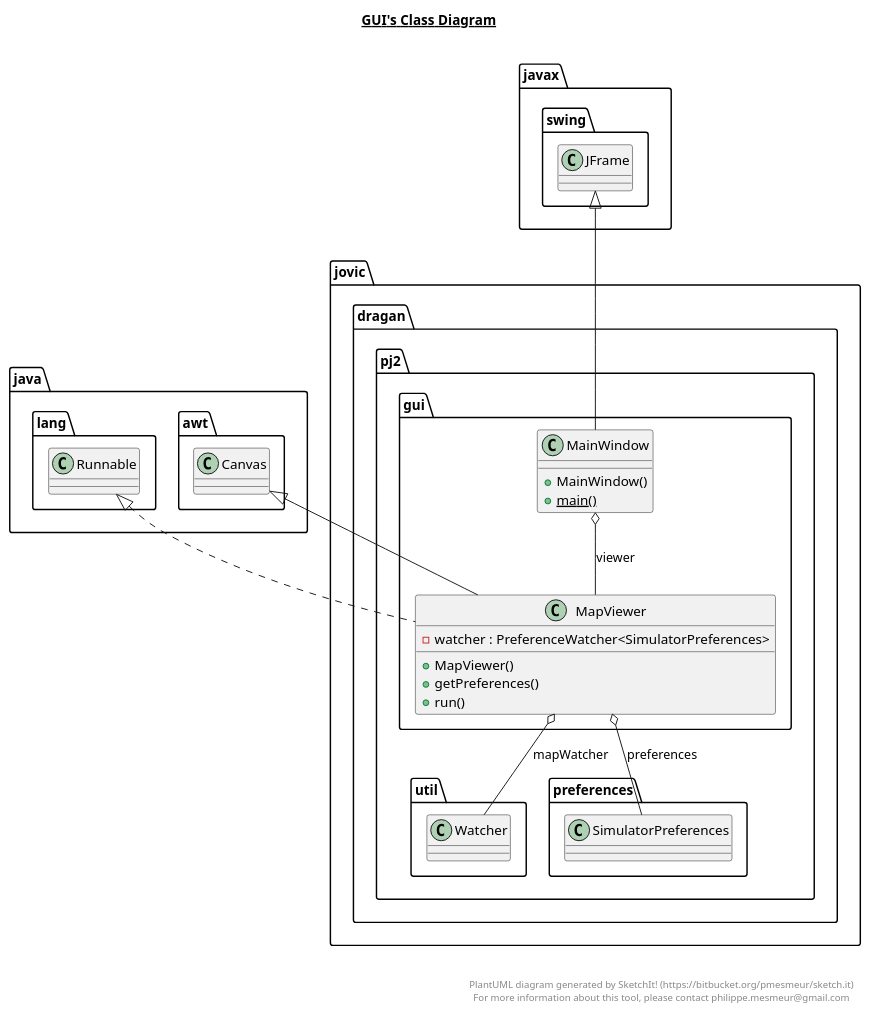
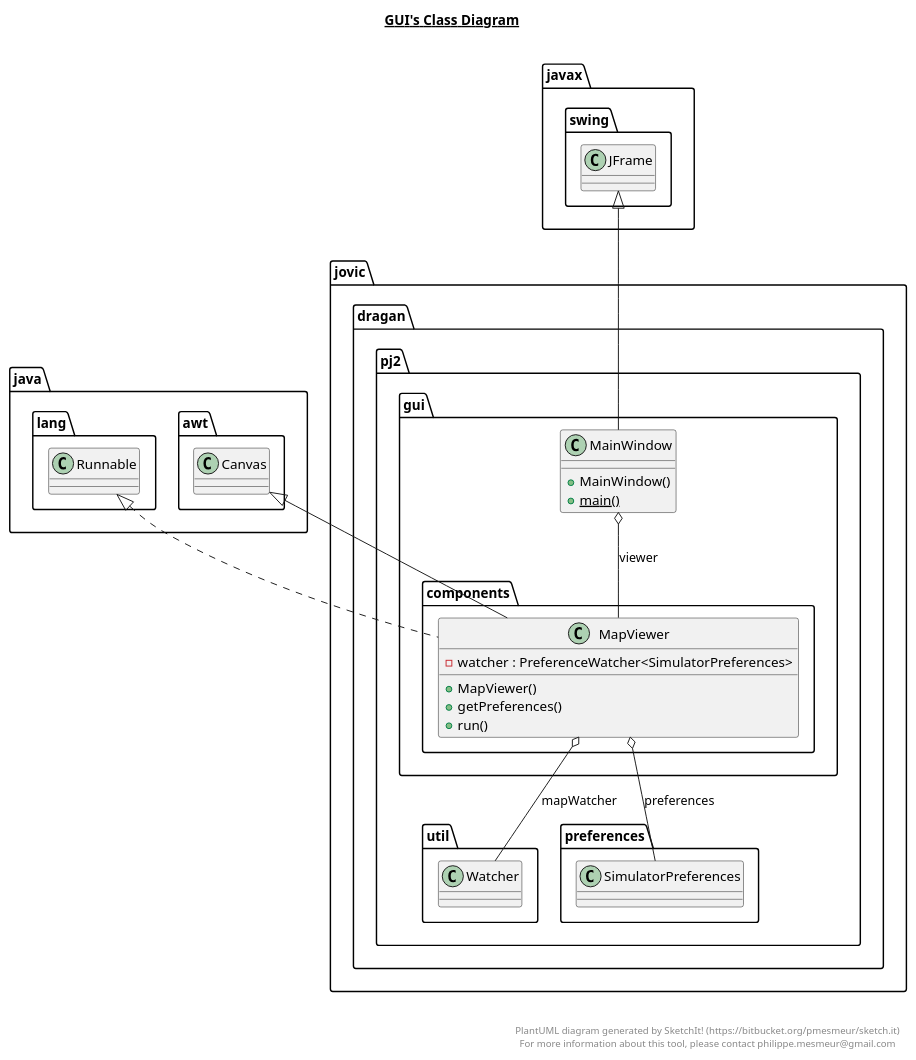
Before and after one commit to Coki32/PJ2_Projektni: the diagram in src/jovic/dragan/pj2/gui/gui.plantuml, drawn with PlantUML. The commit also changed 20 other files, not shown here.

```diff
--- a/src/jovic/dragan/pj2/gui/gui.plantuml
+++ b/src/jovic/dragan/pj2/gui/gui.plantuml
@@ -1,38 +1,38 @@
 @startuml
 
 title __GUI's Class Diagram__\n
 
   namespace jovic.dragan.pj2.gui {
     class jovic.dragan.pj2.gui.MainWindow {
         + MainWindow()
         {static} + main()
     }
   }
   
 
   namespace jovic.dragan.pj2.gui {
-    class jovic.dragan.pj2.gui.MapViewer {
+    class jovic.dragan.pj2.gui.components.MapViewer {
         - watcher : PreferenceWatcher<SimulatorPreferences>
         + MapViewer()
         + getPreferences()
         + run()
     }
   }
   
 
   jovic.dragan.pj2.gui.MainWindow -up-|> javax.swing.JFrame
-  jovic.dragan.pj2.gui.MainWindow o-- jovic.dragan.pj2.gui.MapViewer : viewer
-  jovic.dragan.pj2.gui.MapViewer .up.|> java.lang.Runnable
-  jovic.dragan.pj2.gui.MapViewer -up-|> java.awt.Canvas
-  jovic.dragan.pj2.gui.MapViewer o-- jovic.dragan.pj2.util.Watcher : mapWatcher
-  jovic.dragan.pj2.gui.MapViewer o-- jovic.dragan.pj2.preferences.SimulatorPreferences : preferences
+  jovic.dragan.pj2.gui.MainWindow o-- jovic.dragan.pj2.gui.components.MapViewer : viewer
+  jovic.dragan.pj2.gui.components.MapViewer .up.|> java.lang.Runnable
+  jovic.dragan.pj2.gui.components.MapViewer -up-|> java.awt.Canvas
+  jovic.dragan.pj2.gui.components.MapViewer o-- jovic.dragan.pj2.util.Watcher : mapWatcher
+  jovic.dragan.pj2.gui.components.MapViewer o-- jovic.dragan.pj2.preferences.SimulatorPreferences : preferences
 
 
 right footer
 
 
 PlantUML diagram generated by SketchIt! (https://bitbucket.org/pmesmeur/sketch.it)
 For more information about this tool, please contact philippe.mesmeur@gmail.com
 endfooter
 
 @enduml
```
